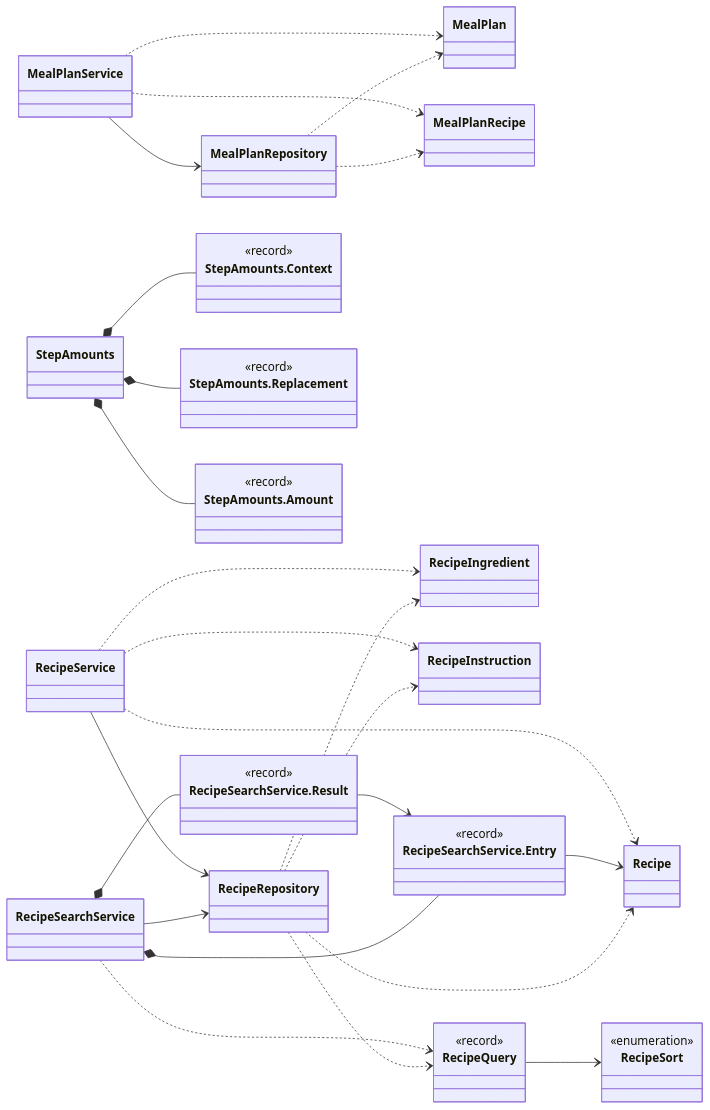
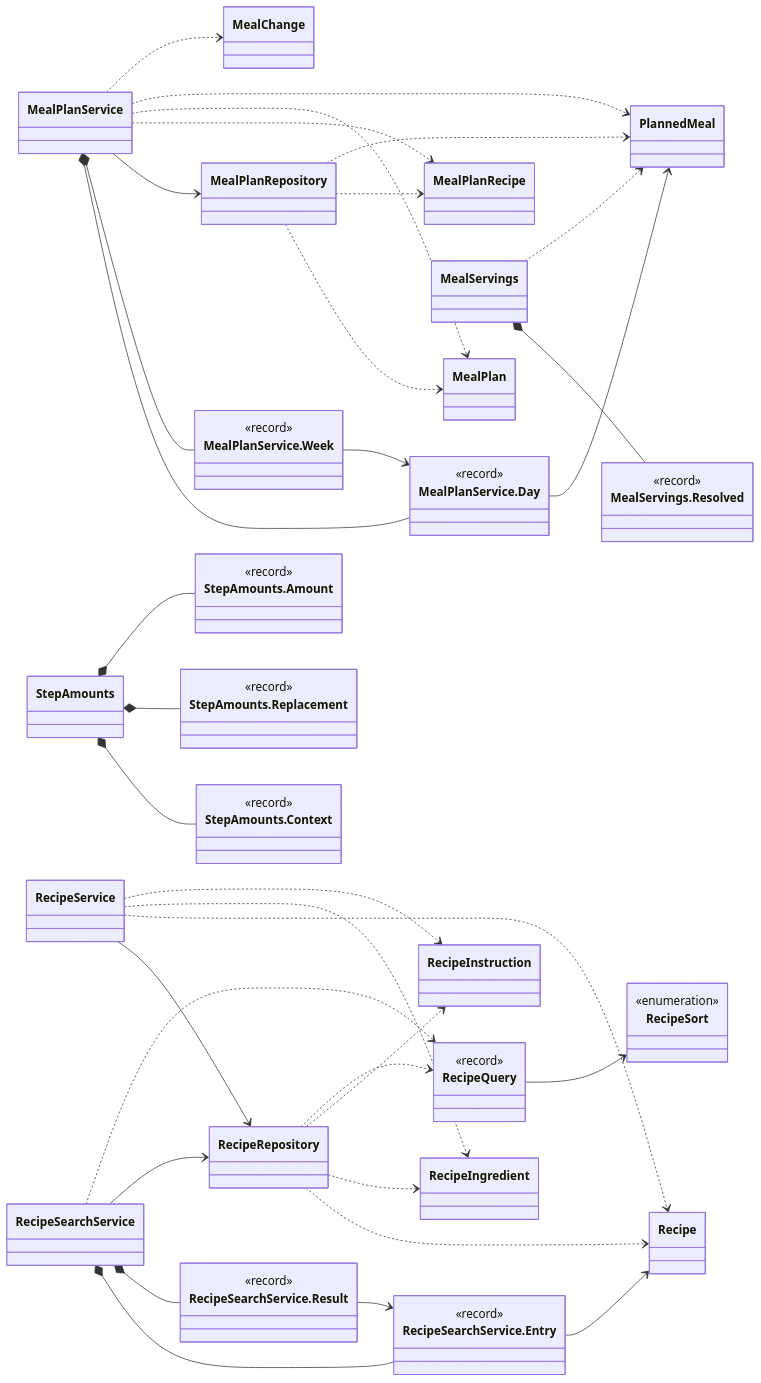
The first of 25 diagrams in docs/classes/mealplanner.md (Nate-ryan-7690/dahaem), drawn with Mermaid before and after one commit. The commit also changed other lines of this file and 5 other files, not shown here.

````diff
--- a/docs/classes/mealplanner.md
+++ b/docs/classes/mealplanner.md
@@ -11,59 +11,80 @@
 ```mermaid
 classDiagram
     direction LR
+    class mealplanner_MealChange["MealChange"]
     class mealplanner_MealPlan["MealPlan"]
     class mealplanner_MealPlanRecipe["MealPlanRecipe"]
     class mealplanner_MealPlanRepository["MealPlanRepository"]
     class mealplanner_MealPlanService["MealPlanService"]
+    class mealplanner_MealPlanService_Day["MealPlanService.Day"] {
+        <<record>>
+    }
+    class mealplanner_MealPlanService_Week["MealPlanService.Week"] {
+        <<record>>
+    }
+    class mealplanner_MealServings["MealServings"]
+    class mealplanner_MealServings_Resolved["MealServings.Resolved"] {
+        <<record>>
+    }
+    class mealplanner_PlannedMeal["PlannedMeal"]
     class mealplanner_Recipe["Recipe"]
     class mealplanner_RecipeIngredient["RecipeIngredient"]
     class mealplanner_RecipeInstruction["RecipeInstruction"]
     class mealplanner_RecipeQuery["RecipeQuery"] {
         <<record>>
     }
     class mealplanner_RecipeRepository["RecipeRepository"]
     class mealplanner_RecipeSearchService["RecipeSearchService"]
     class mealplanner_RecipeSearchService_Entry["RecipeSearchService.Entry"] {
         <<record>>
     }
     class mealplanner_RecipeSearchService_Result["RecipeSearchService.Result"] {
         <<record>>
     }
     class mealplanner_RecipeService["RecipeService"]
     class mealplanner_RecipeSort["RecipeSort"] {
         <<enumeration>>
     }
     class mealplanner_StepAmounts["StepAmounts"]
     class mealplanner_StepAmounts_Context["StepAmounts.Context"] {
         <<record>>
     }
     class mealplanner_StepAmounts_Replacement["StepAmounts.Replacement"] {
         <<record>>
     }
     class mealplanner_StepAmounts_Amount["StepAmounts.Amount"] {
         <<record>>
     }
     mealplanner_MealPlanRepository ..> mealplanner_MealPlan
     mealplanner_MealPlanRepository ..> mealplanner_MealPlanRecipe
+    mealplanner_MealPlanRepository ..> mealplanner_PlannedMeal
+    mealplanner_MealPlanService *-- mealplanner_MealPlanService_Day
+    mealplanner_MealPlanService *-- mealplanner_MealPlanService_Week
     mealplanner_MealPlanService --> mealplanner_MealPlanRepository
     mealplanner_MealPlanService ..> mealplanner_MealPlanRecipe
     mealplanner_MealPlanService ..> mealplanner_MealPlan
+    mealplanner_MealPlanService ..> mealplanner_PlannedMeal
+    mealplanner_MealPlanService ..> mealplanner_MealChange
+    mealplanner_MealPlanService_Day --> mealplanner_PlannedMeal
+    mealplanner_MealPlanService_Week --> mealplanner_MealPlanService_Day
+    mealplanner_MealServings *-- mealplanner_MealServings_Resolved
+    mealplanner_MealServings ..> mealplanner_PlannedMeal
     mealplanner_RecipeQuery --> mealplanner_RecipeSort
     mealplanner_RecipeRepository ..> mealplanner_Recipe
     mealplanner_RecipeRepository ..> mealplanner_RecipeIngredient
     mealplanner_RecipeRepository ..> mealplanner_RecipeInstruction
     mealplanner_RecipeRepository ..> mealplanner_RecipeQuery
     mealplanner_RecipeSearchService *-- mealplanner_RecipeSearchService_Entry
     mealplanner_RecipeSearchService *-- mealplanner_RecipeSearchService_Result
     mealplanner_RecipeSearchService --> mealplanner_RecipeRepository
     mealplanner_RecipeSearchService ..> mealplanner_RecipeQuery
     mealplanner_RecipeSearchService_Entry --> mealplanner_Recipe
     mealplanner_RecipeSearchService_Result --> mealplanner_RecipeSearchService_Entry
     mealplanner_RecipeService --> mealplanner_RecipeRepository
     mealplanner_RecipeService ..> mealplanner_Recipe
     mealplanner_RecipeService ..> mealplanner_RecipeIngredient
     mealplanner_RecipeService ..> mealplanner_RecipeInstruction
     mealplanner_StepAmounts *-- mealplanner_StepAmounts_Context
     mealplanner_StepAmounts *-- mealplanner_StepAmounts_Replacement
     mealplanner_StepAmounts *-- mealplanner_StepAmounts_Amount
 ```
````
